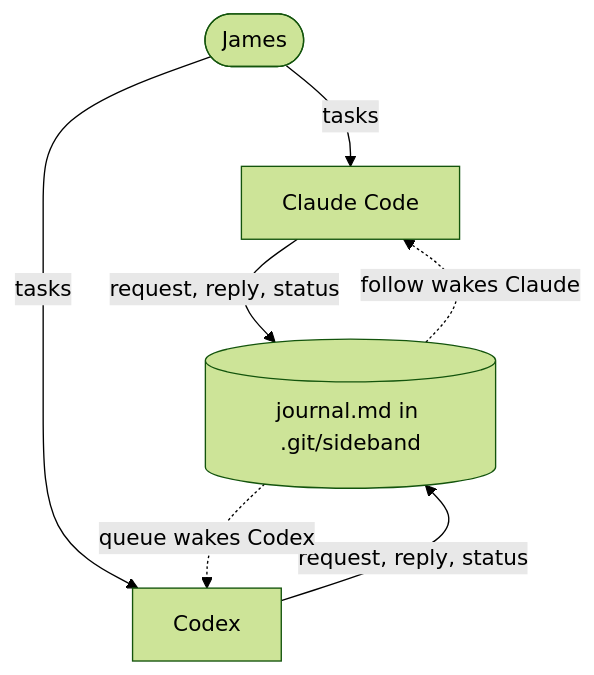
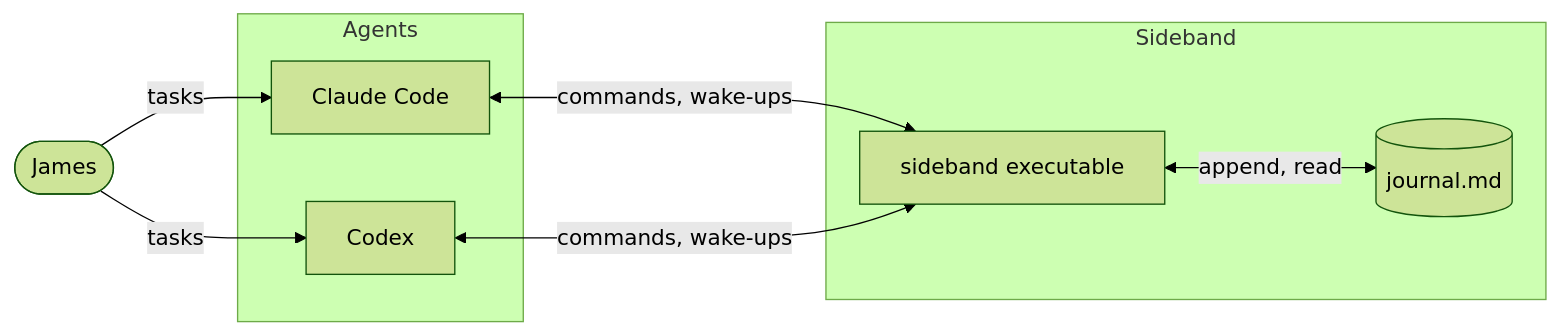
Before and after one commit to moltenbits/sideband: the first of 3 diagrams in README.md, drawn with Mermaid (forest theme).

Commit message:
Architecture diagram as three columns: the human, the agents, Sideband

````diff
--- a/README.md
+++ b/README.md
@@ -38,14 +38,18 @@
 ```mermaid
-flowchart TB
+flowchart LR
     James(["James"])
-    Claude["Claude Code"]
-    Codex["Codex"]
-    Journal[("journal.md in .git/sideband")]
+    subgraph Agents
+        Claude["Claude Code"]
+        Codex["Codex"]
+    end
+    subgraph Sideband
+        Bin["sideband executable"]
+        Journal[("journal.md")]
+    end
 
-    James -- "tasks" --> Claude
-    James -- "tasks" --> Codex
-    Claude -- "request, reply, status" --> Journal
-    Codex -- "request, reply, status" --> Journal
-    Journal -. "follow wakes Claude" .-> Claude
-    Journal -. "queue wakes Codex" .-> Codex
+    James -- tasks --> Claude
+    James -- tasks --> Codex
+    Claude <-- "commands, wake-ups" --> Bin
+    Codex <-- "commands, wake-ups" --> Bin
+    Bin <-- "append, read" --> Journal
 ```
````
